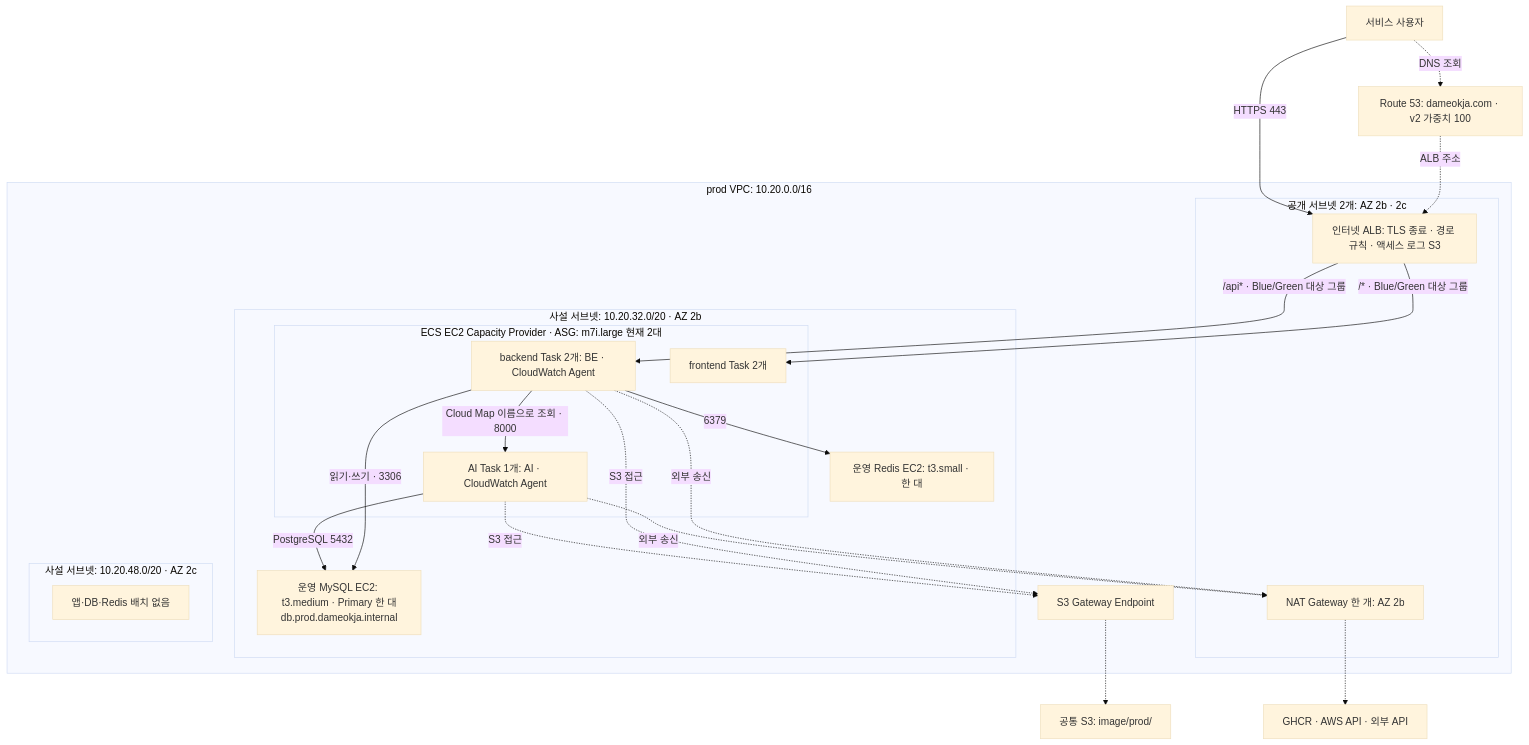
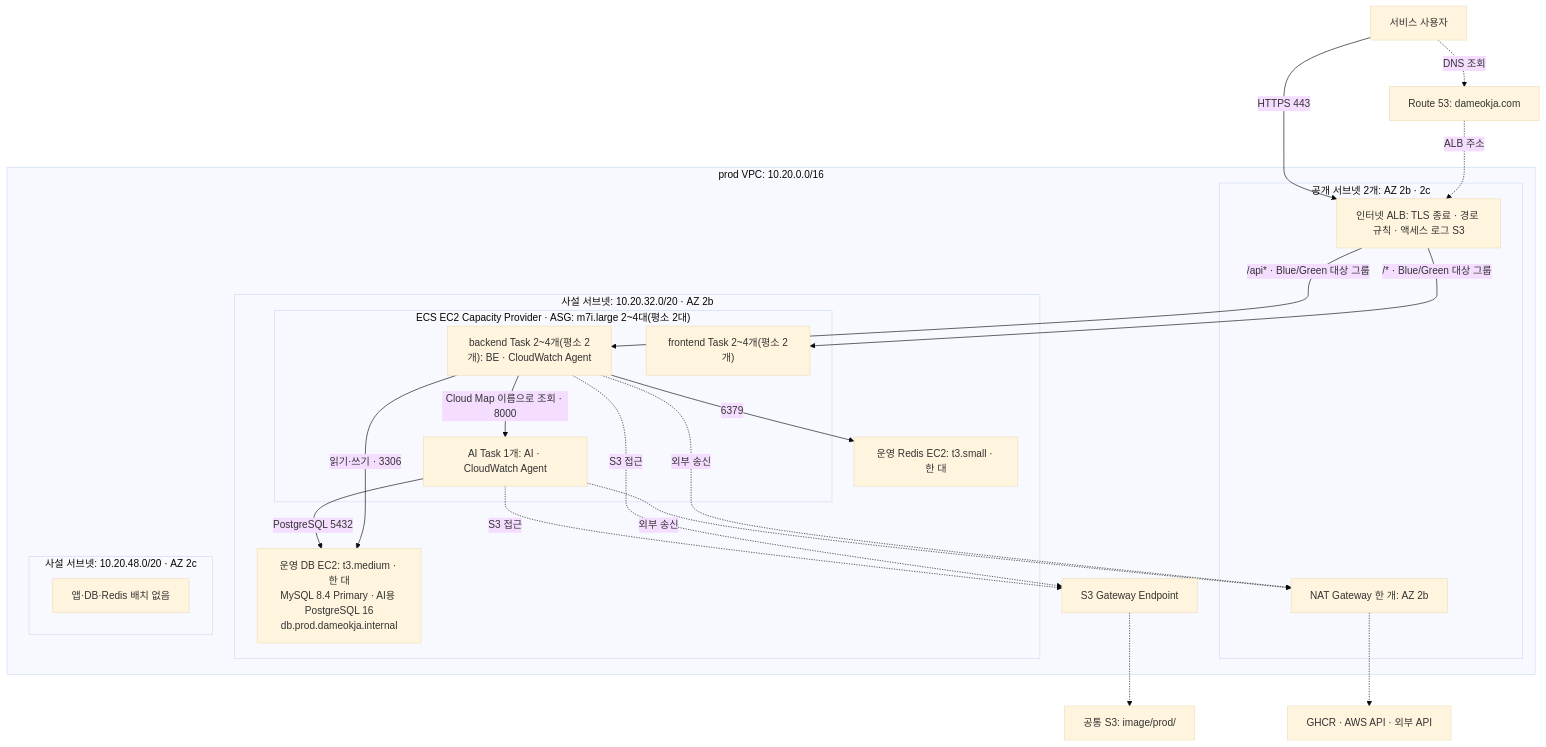
The third of 4 diagrams in docs/design/v2 환경별 구축 아키텍처.md (100-hours-a-week/KTB4-5th-CLOUD), drawn with Mermaid (base theme) before and after one commit. The commit also changed other lines of this file and 12 other files, not shown here.

````diff
--- a/docs/design/v2 환경별 구축 아키텍처.md
+++ b/docs/design/v2 환경별 구축 아키텍처.md
@@ -142,41 +140,41 @@
 ```mermaid
 flowchart TB
     prodClient["서비스 사용자"]
-    prodDns["Route 53: dameokja.com · v2 가중치 100"]
+    prodDns["Route 53: dameokja.com"]
     subgraph prodVpc["prod VPC: 10.20.0.0/16"]
         subgraph prodPublic["공개 서브넷 2개: AZ 2b · 2c"]
             prodAlb["인터넷 ALB: TLS 종료 · 경로 규칙 · 액세스 로그 S3"]
             prodNat["NAT Gateway 한 개: AZ 2b"]
         end
         subgraph prodPrivateB["사설 서브넷: 10.20.32.0/20 · AZ 2b"]
-            subgraph prodCapacity["ECS EC2 Capacity Provider · ASG: m7i.large 현재 2대"]
-                prodBe["backend Task 2개: BE · CloudWatch Agent"]
-                prodFe["frontend Task 2개"]
+            subgraph prodCapacity["ECS EC2 Capacity Provider · ASG: m7i.large 2~4대(평소 2대)"]
+                prodBe["backend Task 2~4개(평소 2개): BE · CloudWatch Agent"]
+                prodFe["frontend Task 2~4개(평소 2개)"]
                 prodAi["AI Task 1개: AI · CloudWatch Agent"]
             end
-            prodDb["운영 MySQL EC2: t3.medium · Primary 한 대<br/>db.prod.dameokja.internal"]
+            prodDb["운영 DB EC2: t3.medium · 한 대<br/>MySQL 8.4 Primary · AI용 PostgreSQL 16<br/>db.prod.dameokja.internal"]
             prodRedis["운영 Redis EC2: t3.small · 한 대"]
         end
         subgraph prodPrivateC["사설 서브넷: 10.20.48.0/20 · AZ 2c"]
             prodReserved["앱·DB·Redis 배치 없음"]
         end
         prodEndpoint["S3 Gateway Endpoint"]
     end
     prodS3["공통 S3: image/prod/"]
     prodExternal["GHCR · AWS API · 외부 API"]
     prodClient -.->|"DNS 조회"| prodDns
     prodDns -.->|"ALB 주소"| prodAlb
     prodClient -->|"HTTPS 443"| prodAlb
     prodAlb -->|"/api* · Blue/Green 대상 그룹"| prodBe
     prodAlb -->|"/* · Blue/Green 대상 그룹"| prodFe
     prodBe -->|"읽기·쓰기 · 3306"| prodDb
     prodBe -->|"6379"| prodRedis
     prodBe -->|"Cloud Map 이름으로 조회 · 8000"| prodAi
     prodAi -->|"PostgreSQL 5432"| prodDb
     prodBe -.->|"외부 송신"| prodNat
     prodAi -.->|"외부 송신"| prodNat
     prodNat -.-> prodExternal
     prodBe -.->|"S3 접근"| prodEndpoint
     prodAi -.->|"S3 접근"| prodEndpoint
     prodEndpoint -.-> prodS3
 ```
````
